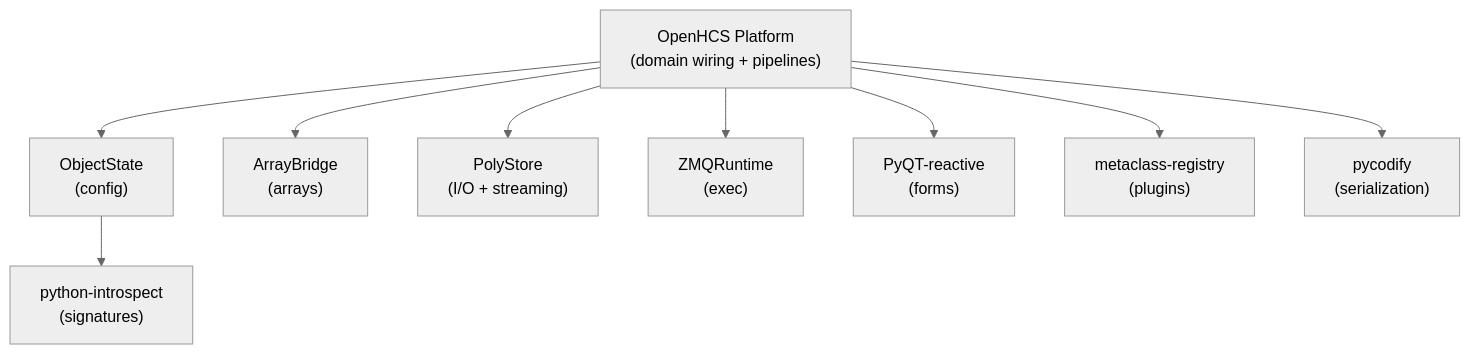
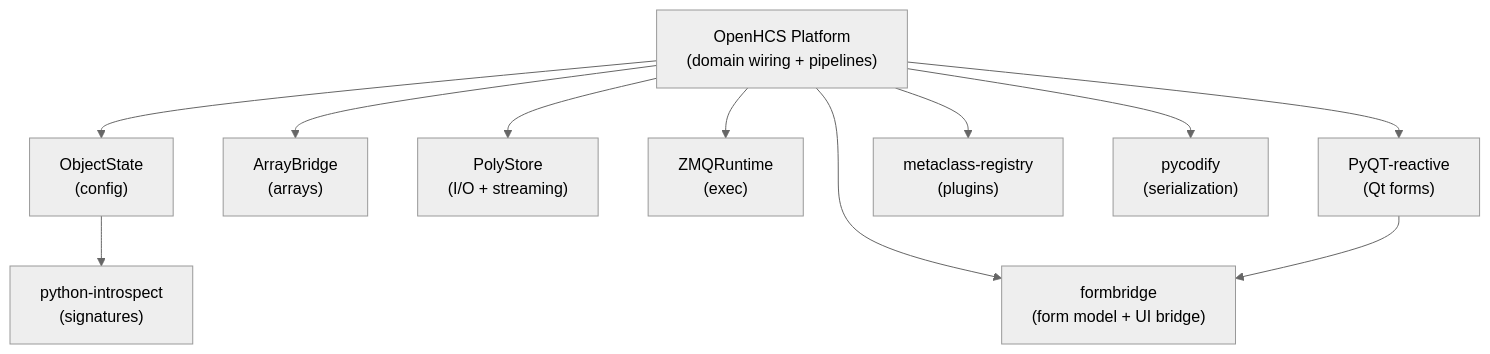
Before and after one commit to OpenHCSDev/openhcs: the second of 2 diagrams in README.md, drawn with Mermaid (neutral theme). The commit also changed other lines of this file and 11 other files, not shown here.

````diff
--- a/README.md
+++ b/README.md
@@ -178,14 +178,16 @@
 ```mermaid
 graph TD
     OH["OpenHCS Platform<br/>(domain wiring + pipelines)"]
 
     OH --> OS["ObjectState<br/>(config)"]
     OH --> AB["ArrayBridge<br/>(arrays)"]
     OH --> PS["PolyStore<br/>(I/O + streaming)"]
     OH --> ZR["ZMQRuntime<br/>(exec)"]
-    OH --> QR["PyQT-reactive<br/>(forms)"]
+    OH --> QR["PyQT-reactive<br/>(Qt forms)"]
+    OH --> FB["formbridge<br/>(form model + UI bridge)"]
+    QR --> FB
 
     OS --> PI["python-introspect<br/>(signatures)"]
     OH --> MR["metaclass-registry<br/>(plugins)"]
     OH --> PC["pycodify<br/>(serialization)"]
 ```
````
